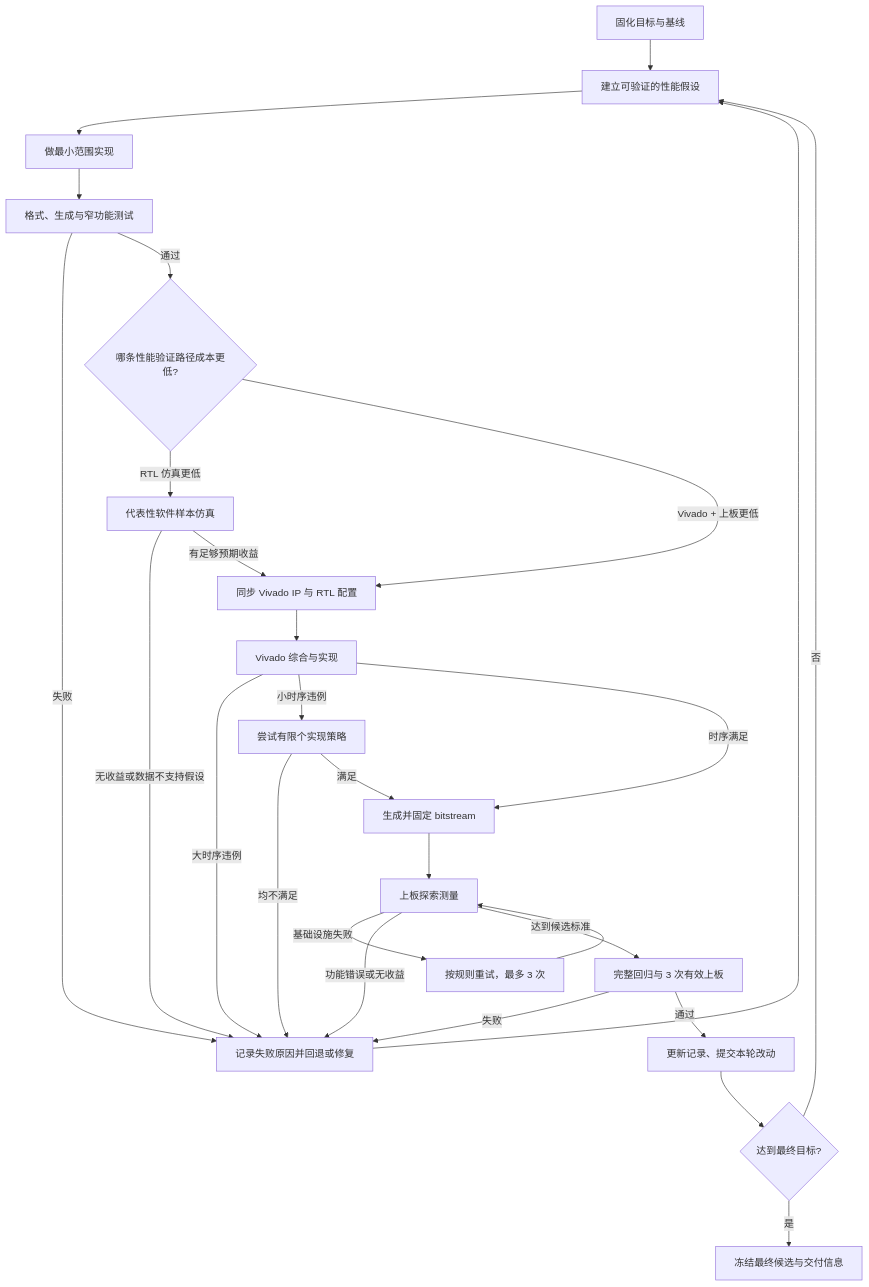
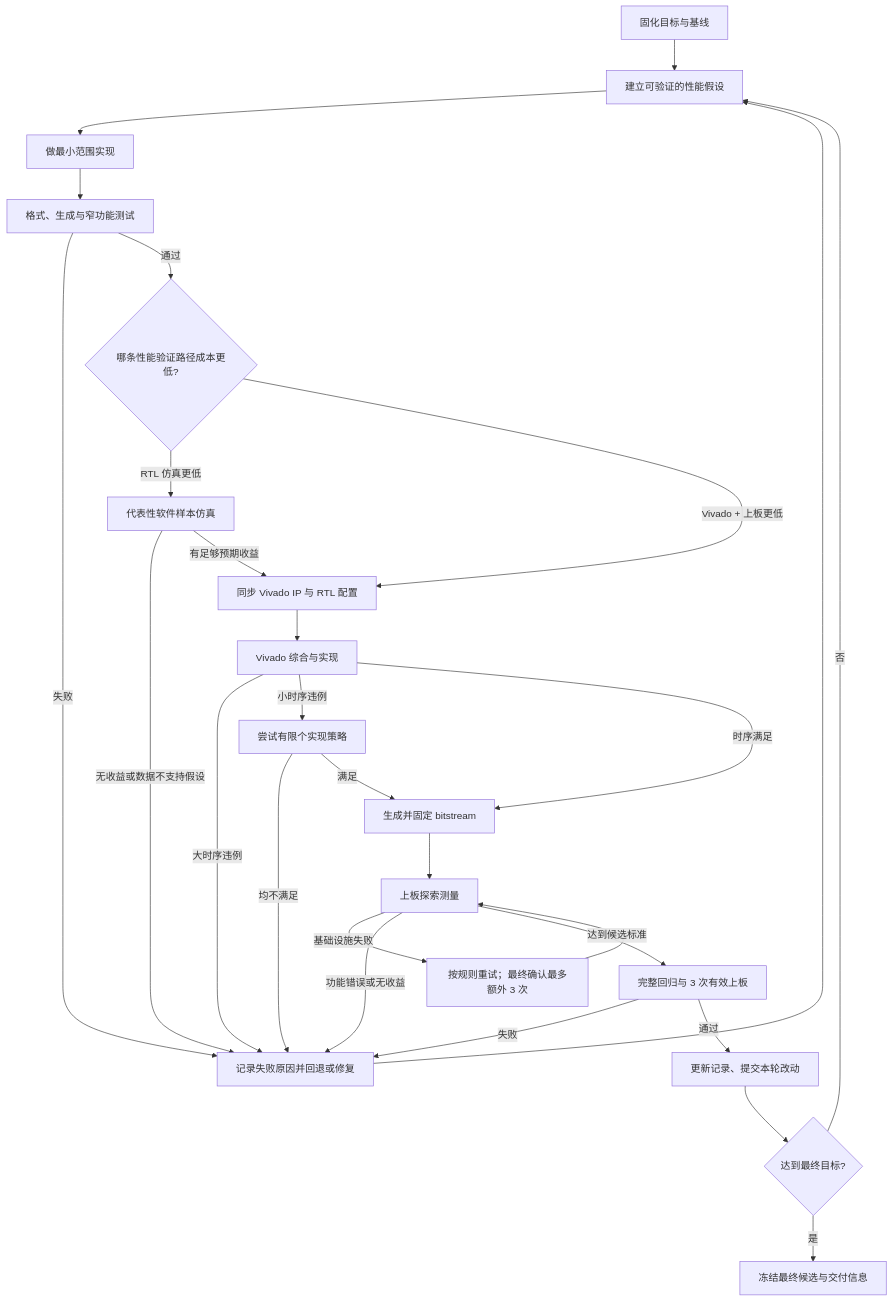
Before and after one commit to HanPiM/jyd: the diagram in npc/opt-iter-flow.md, drawn with Mermaid. The commit also changed other lines of this file and 3 other files, not shown here.

````diff
--- a/npc/opt-iter-flow.md
+++ b/npc/opt-iter-flow.md
@@ -22,29 +22,29 @@
 ```mermaid
 flowchart TD
     A[固化目标与基线] --> B[建立可验证的性能假设]
     B --> C[做最小范围实现]
     C --> D[格式、生成与窄功能测试]
     D -->|失败| R[记录失败原因并回退或修复]
     D -->|通过| E{哪条性能验证路径成本更低?}
     E -->|RTL 仿真更低| S[代表性软件样本仿真]
     S -->|无收益或数据不支持假设| R
     S -->|有足够预期收益| F[同步 Vivado IP 与 RTL 配置]
     E -->|Vivado + 上板更低| F
     F --> G[Vivado 综合与实现]
     G -->|大时序违例| R
     G -->|小时序违例| H[尝试有限个实现策略]
     H -->|均不满足| R
     H -->|满足| I[生成并固定 bitstream]
     G -->|时序满足| I
     I --> J[上板探索测量]
-    J -->|基础设施失败| K[按规则重试，最多 3 次]
+    J -->|基础设施失败| K[按规则重试；最终确认最多额外 3 次]
     K --> J
     J -->|功能错误或无收益| R
     J -->|达到候选标准| L[完整回归与 3 次有效上板]
     L -->|失败| R
     L -->|通过| M[更新记录、提交本轮改动]
     M --> N{达到最终目标?}
     N -->|否| B
     N -->|是| O[冻结最终候选与交付信息]
     R --> B
 ```
````
